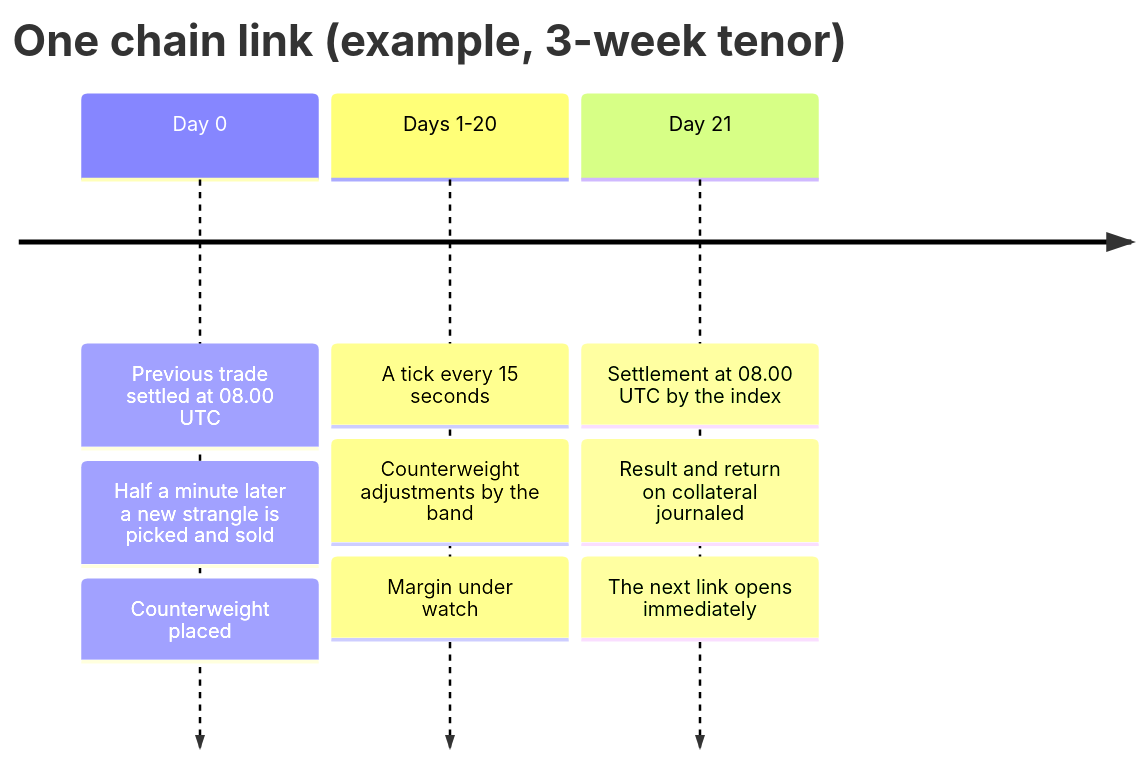
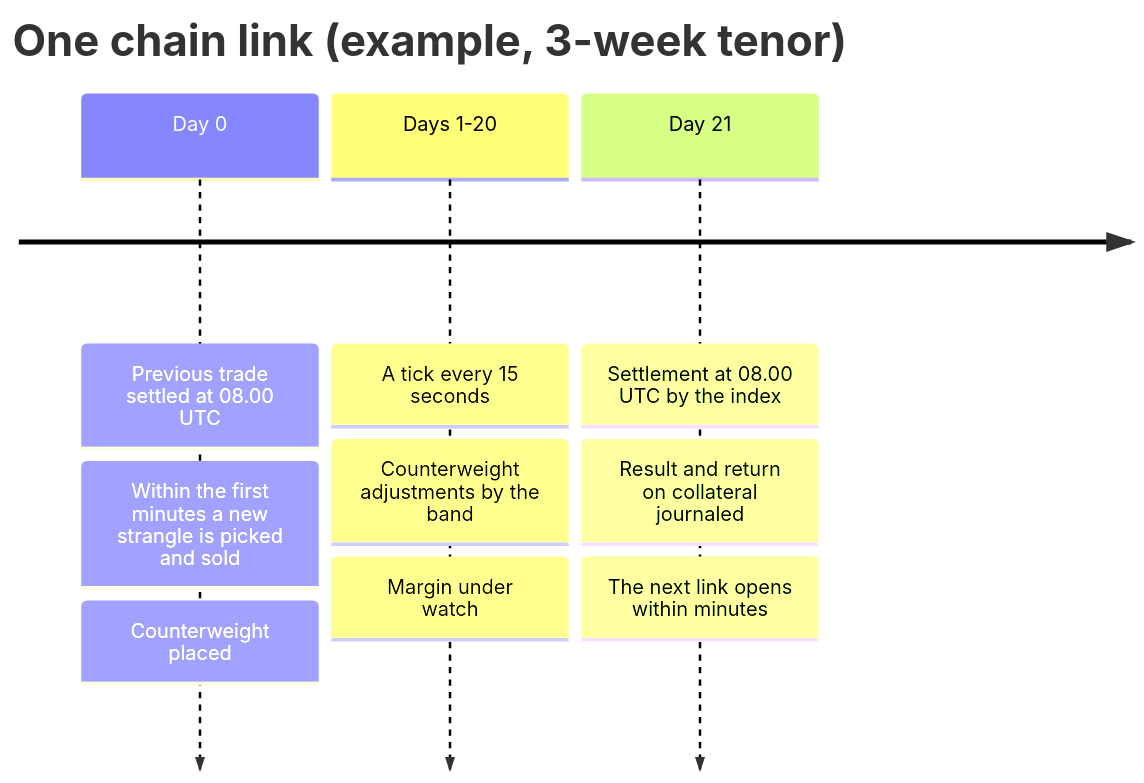
The fifth of 6 diagrams in botLab-desktop/docs/bot2-btc-options-how-it-works.en.md (hamiltonalex/botLab), drawn with Mermaid before and after one commit. The commit also changed other lines of this file and 1 other file, not shown here.

````diff
--- a/botLab-desktop/docs/bot2-btc-options-how-it-works.en.md
+++ b/botLab-desktop/docs/bot2-btc-options-how-it-works.en.md
@@ -271,7 +286,7 @@
 ```mermaid
 timeline
     title One chain link (example, 3-week tenor)
-    Day 0 : Previous trade settled at 08.00 UTC : Half a minute later a new strangle is picked and sold : Counterweight placed
+    Day 0 : Previous trade settled at 08.00 UTC : Within the first minutes a new strangle is picked and sold : Counterweight placed
     Days 1-20 : A tick every 15 seconds : Counterweight adjustments by the band : Margin under watch
-    Day 21 : Settlement at 08.00 UTC by the index : Result and return on collateral journaled : The next link opens immediately
+    Day 21 : Settlement at 08.00 UTC by the index : Result and return on collateral journaled : The next link opens within minutes
 ```
````
